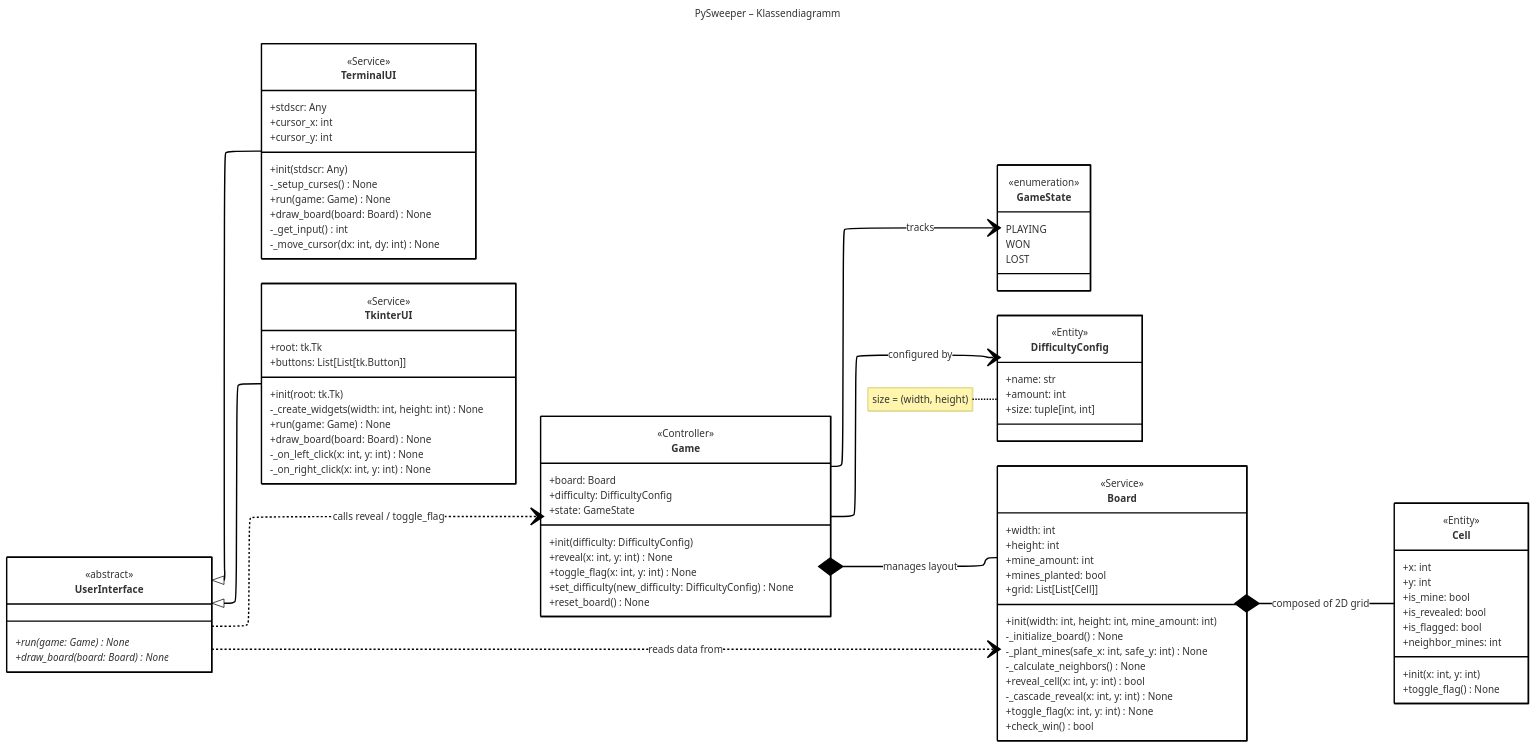
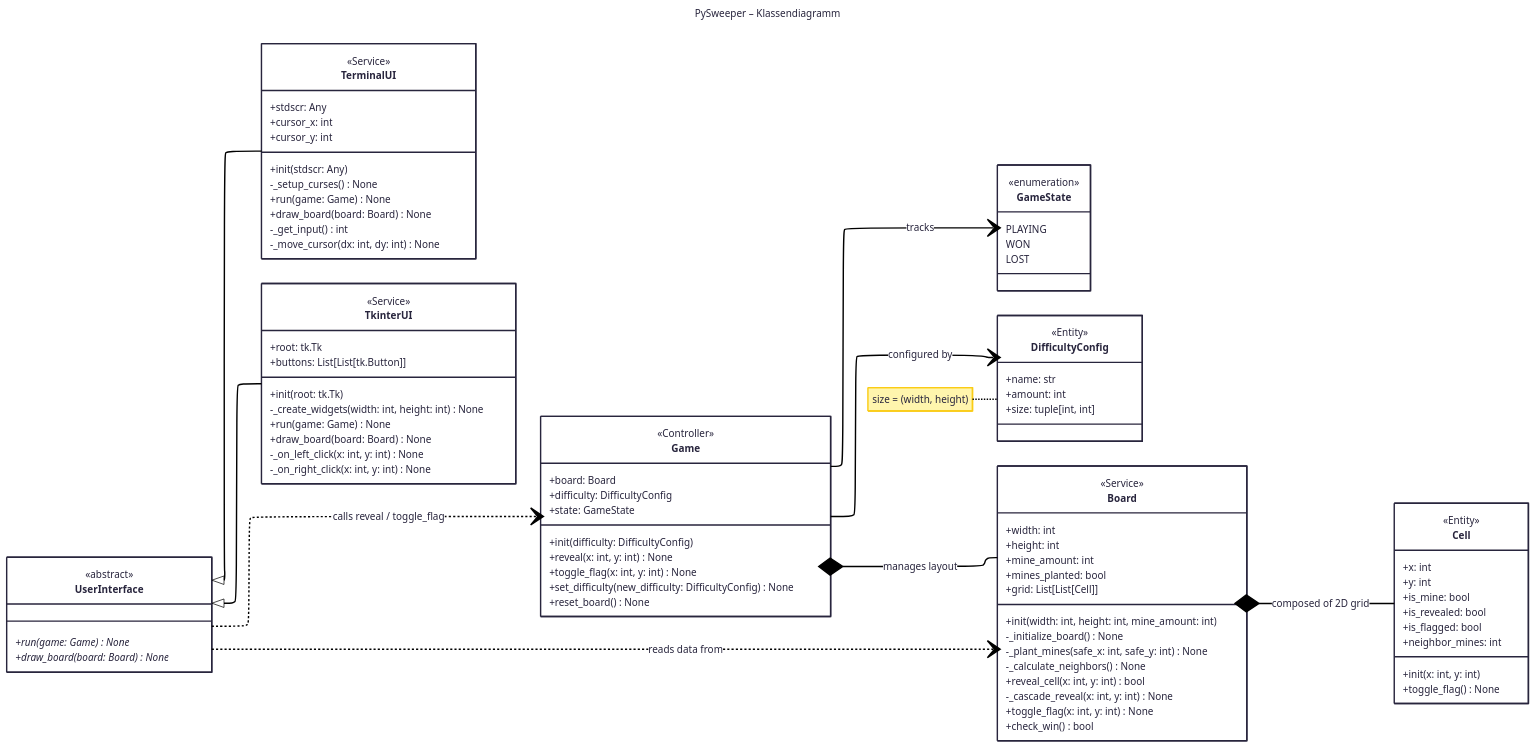
The diagram in pysweeper-class-diagram.mmd (hydrUsD/pysweeper), drawn with Mermaid before and after one commit.

Commit message:
Change theme from 'neo' to 'redux' in class diagram

```diff
--- a/pysweeper-class-diagram.mmd
+++ b/pysweeper-class-diagram.mmd
@@ -1,104 +1,104 @@
 ---
 title: PySweeper – Klassendiagramm
 config:
   layout: elk
-  theme: neo
+  theme: redux
 ---
 classDiagram
     direction LR
 
     class Game {
         <<Controller>>
         +board: Board
         +difficulty: DifficultyConfig
         +state: GameState
         +init(difficulty: DifficultyConfig)
         +reveal(x: int, y: int) None
         +toggle_flag(x: int, y: int) None
         +set_difficulty(new_difficulty: DifficultyConfig) None
         +reset_board() None
     }
 
     class GameState {
         <<enumeration>>
         PLAYING
         WON
         LOST
     }
 
     class DifficultyConfig {
         <<Entity>>
         +name: str
         +amount: int
         +size: tuple[int, int]
     }
     note for DifficultyConfig "size = (width, height)"
 
     class Board {
         <<Service>>
         +width: int
         +height: int
         +mine_amount: int
         +mines_planted: bool
         +grid: List[List[Cell]]
         +init(width: int, height: int, mine_amount: int)
         -_initialize_board() None
         -_plant_mines(safe_x: int, safe_y: int) None
         -_calculate_neighbors() None
         +reveal_cell(x: int, y: int) bool
         -_cascade_reveal(x: int, y: int) None
         +toggle_flag(x: int, y: int) None
         +check_win() bool
     }
 
     class Cell {
         <<Entity>>
         +x: int
         +y: int
         +is_mine: bool
         +is_revealed: bool
         +is_flagged: bool
         +neighbor_mines: int
         +init(x: int, y: int)
         +toggle_flag() None
     }
 
     class UserInterface {
         <<abstract>>
         +run(game: Game)* None
         +draw_board(board: Board)* None
     }
 
     class TerminalUI {
         <<Service>>
         +stdscr: Any
         +cursor_x: int
         +cursor_y: int
         +init(stdscr: Any)
         -_setup_curses() None
         +run(game: Game) None
         +draw_board(board: Board) None
         -_get_input() int
         -_move_cursor(dx: int, dy: int) None
     }
 
     class TkinterUI {
         <<Service>>
         +root: tk.Tk
         +buttons: List[List[tk.Button]]
         +init(root: tk.Tk)
         -_create_widgets(width: int, height: int) None
         +run(game: Game) None
         +draw_board(board: Board) None
         -_on_left_click(x: int, y: int) None
         -_on_right_click(x: int, y: int) None
     }
 
     Game *-- Board : manages layout
     Game --> DifficultyConfig : configured by
     Game --> GameState : tracks
     Board *-- Cell : composed of 2D grid
     UserInterface <|-- TerminalUI
     UserInterface <|-- TkinterUI
     UserInterface ..> Game : calls reveal / toggle_flag
     UserInterface ..> Board : reads data from
```
